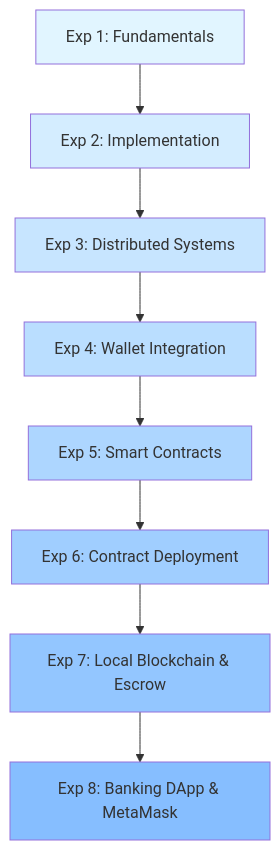
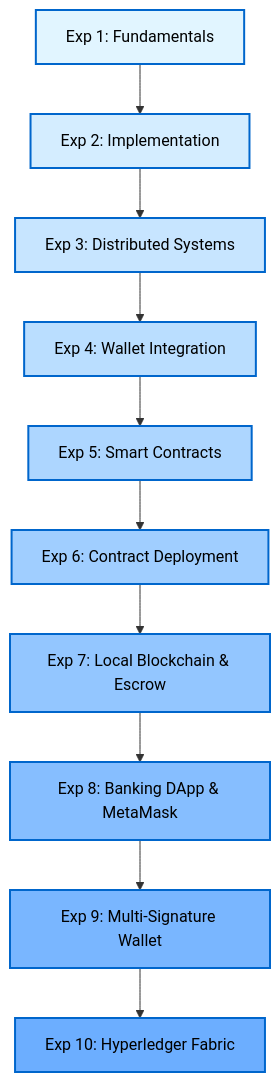
One commit to AtharvaLotankar11/Blockchain_Experiments_Atharva_Lotankar_20 changed the diagram in README.md. Above: the diagram before and after it, drawn with Mermaid. The commit also changed other lines of this file and 2 other files, not shown here.

Commit message:
⛓️ Add Hyperledger Fabric experiment

````diff
--- a/README.md
+++ b/README.md
@@ -272,19 +328,23 @@
 ```mermaid
 graph TD
     A[Exp 1: Fundamentals] --> B[Exp 2: Implementation]
     B --> C[Exp 3: Distributed Systems]
     C --> D[Exp 4: Wallet Integration]
     D --> E[Exp 5: Smart Contracts]
     E --> F[Exp 6: Contract Deployment]
     F --> G[Exp 7: Local Blockchain & Escrow]
     G --> H[Exp 8: Banking DApp & MetaMask]
+    H --> I[Exp 9: Multi-Signature Wallet]
+    I --> J[Exp 10: Hyperledger Fabric]
 
-    style A fill:#e1f5ff
-    style B fill:#d4edff
-    style C fill:#c7e5ff
-    style D fill:#badeff
-    style E fill:#add6ff
-    style F fill:#a0ceff
-    style G fill:#93c6ff
-    style H fill:#86beff
+    style A fill:#e1f5ff,stroke:#0066cc,stroke-width:2px,color:#000
+    style B fill:#d4edff,stroke:#0066cc,stroke-width:2px,color:#000
+    style C fill:#c7e5ff,stroke:#0066cc,stroke-width:2px,color:#000
+    style D fill:#badeff,stroke:#0066cc,stroke-width:2px,color:#000
+    style E fill:#add6ff,stroke:#0066cc,stroke-width:2px,color:#000
+    style F fill:#a0ceff,stroke:#0066cc,stroke-width:2px,color:#000
+    style G fill:#93c6ff,stroke:#0066cc,stroke-width:2px,color:#000
+    style H fill:#86beff,stroke:#0066cc,stroke-width:2px,color:#000
+    style I fill:#79b6ff,stroke:#0066cc,stroke-width:2px,color:#000
+    style J fill:#6caeff,stroke:#0066cc,stroke-width:2px,color:#000
 ```
````
